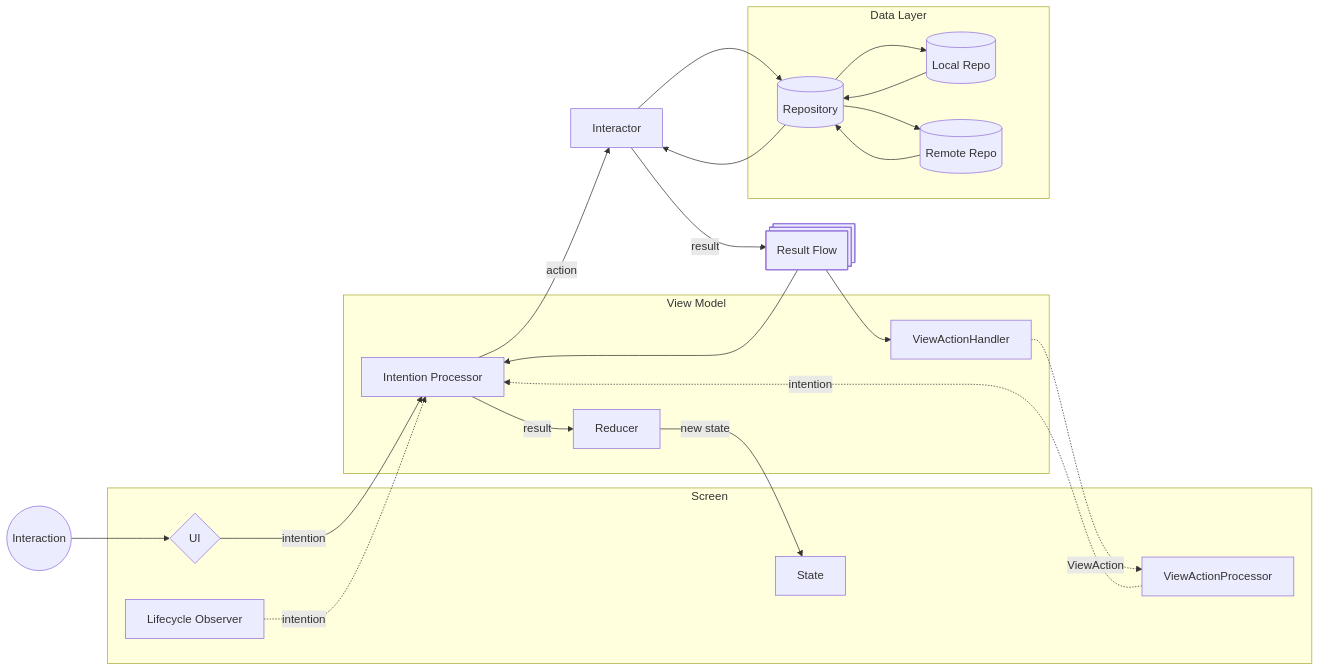
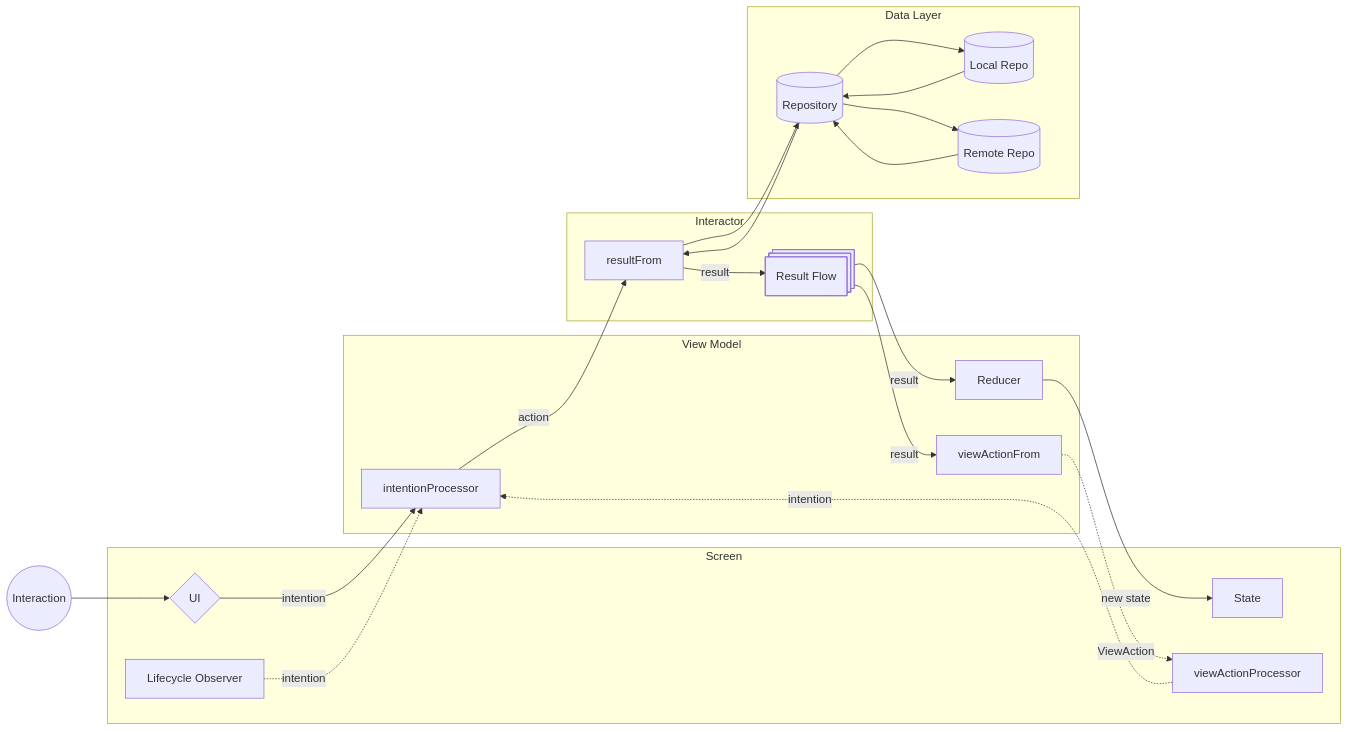
One commit to ibad-al-rahman/android-public changed the diagram in ARCHITECTURE.md. Above: the diagram before and after it, drawn with Mermaid.

Commit message:
docs: split out the interactor

````diff
--- a/ARCHITECTURE.md
+++ b/ARCHITECTURE.md
@@ -7,38 +7,42 @@
 ```mermaid
 graph LR
     INT((Interaction)) --> UI{UI}
-    UI -->|intention| IP[Intention Processor]
-    IP -->|action| IA[Interactor]
-    IA --> REPO[(Repository)]
-    REPO --> IA
-    IA -->|result| RF@{ shape: processes, label: "Result Flow" }
-    RF --> IP
-    RF --> VAH[ViewActionHandler]
-    IP -->|result| RED[Reducer]
+    UI -->|intention| IP[intentionProcessor]
+    IP -->|action| RF[resultFrom]
+    RF --> REPO[(Repository)]
+    REPO --> RF
+    RF -->|result| RFL@{ shape: processes, label: "Result Flow" }
+    RFL -->|result| RED[Reducer]
+    RFL -->|result| VAF[viewActionFrom]
     RED -->|new state| ST[State]
-    VAH -.->|ViewAction| VAP[ViewActionProcessor]
+    VAF -.->|ViewAction| VAP[viewActionProcessor]
     VAP -.->|intention| IP
 
     LO[Lifecycle Observer]
     LO -.->|intention| IP
 
     subgraph "Screen"
         ST
         UI
         VAP
         LO
     end
 
     subgraph "View Model"
         IP
         RED
-        VAH
+        VAF
+    end
+
+    subgraph "Interactor"
+        RFL@{ shape: processes, label: "Result Flow" }
+        RF
     end
 
     subgraph "Data Layer"
         REPO --> LR[(Local Repo)]
         REPO --> RR[(Remote Repo)]
         LR --> REPO
         RR --> REPO
     end
 ```
````
